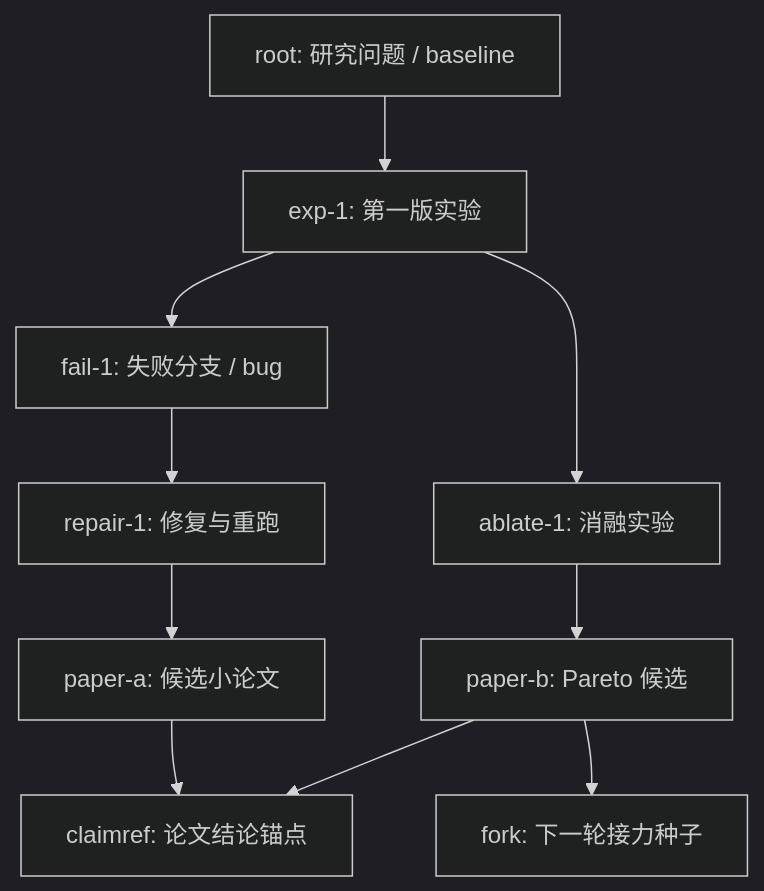
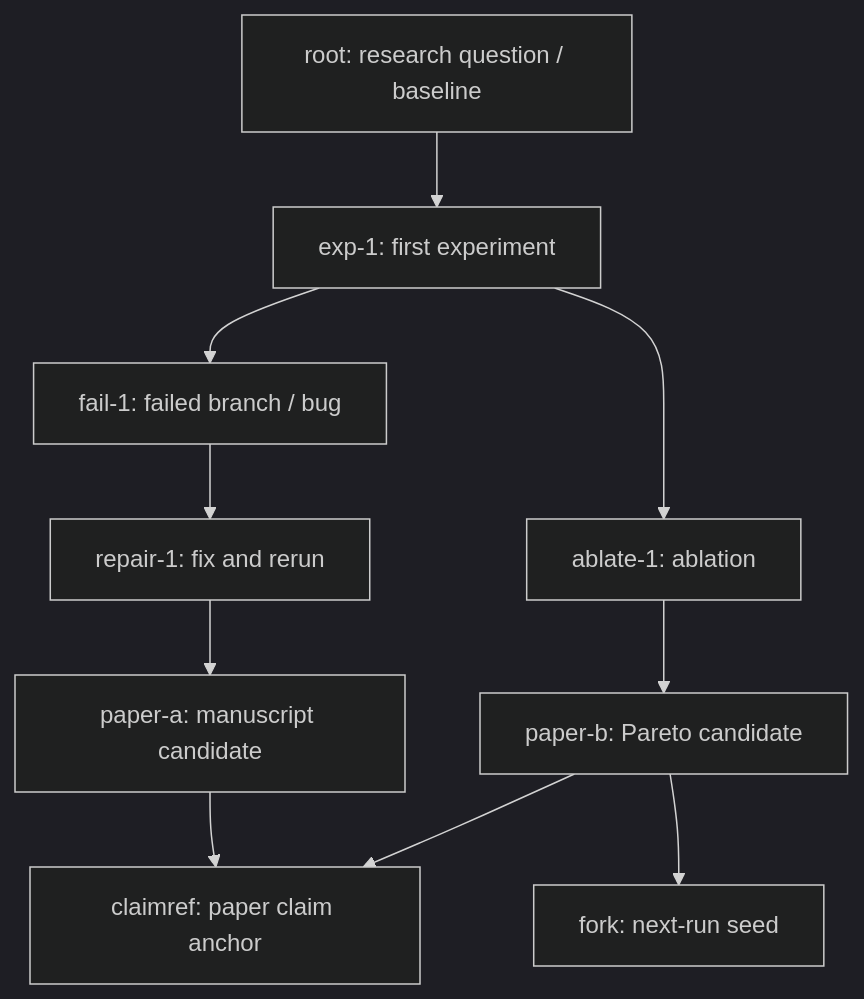
One commit to smileformylove/XScientist changed the second of 2 diagrams in README.md. Above: the diagram before and after it, drawn with Mermaid (dark theme). The commit also changed other lines of this file and 2 other files, not shown here.

````diff
--- a/README.md
+++ b/README.md
@@ -354,22 +338,22 @@
 ```mermaid
 flowchart TD
-  root["root: 研究问题 / baseline"]
-  exp1["exp-1: 第一版实验"]
-  fail1["fail-1: 失败分支 / bug"]
-  repair1["repair-1: 修复与重跑"]
-  ablate1["ablate-1: 消融实验"]
-  candidate1["paper-a: 候选小论文"]
-  candidate2["paper-b: Pareto 候选"]
-  claim1["claimref: 论文结论锚点"]
-  fork1["fork: 下一轮接力种子"]
+  root["root: research question / baseline"]
+  exp1["exp-1: first experiment"]
+  fail1["fail-1: failed branch / bug"]
+  repair1["repair-1: fix and rerun"]
+  ablate1["ablate-1: ablation"]
+  candidate1["paper-a: manuscript candidate"]
+  candidate2["paper-b: Pareto candidate"]
+  claim1["claimref: paper claim anchor"]
+  fork1["fork: next-run seed"]
 
   root --> exp1
   exp1 --> fail1
   fail1 --> repair1
   exp1 --> ablate1
   repair1 --> candidate1
   ablate1 --> candidate2
   candidate1 --> claim1
   candidate2 --> claim1
   candidate2 --> fork1
 ```
````
